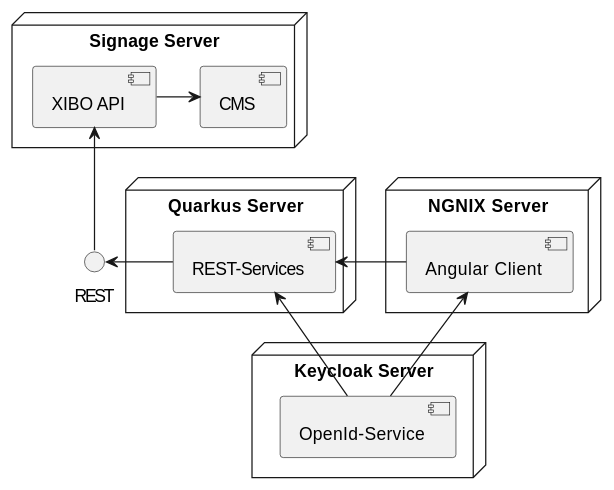
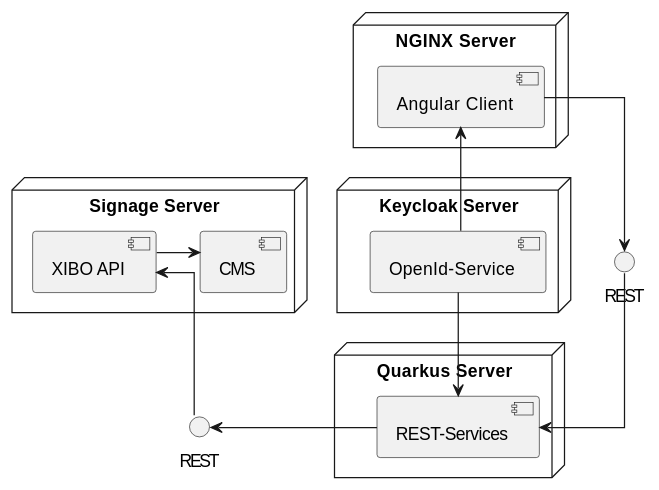
Before and after one commit to danielandricic/digital-signage-on-demand-videos-slides: the second of 2 diagrams in asciidocs/system-specification.adoc, drawn with PlantUML. The commit also changed other lines of this file and 10 other files, not shown here.

Commit message:
Updated System-Architecture, GH-Pages and Project-Structure

```diff
--- a/asciidocs/system-specification.adoc
+++ b/asciidocs/system-specification.adoc
@@ -131,30 +131,37 @@
 [plantuml,systemArch,png]
 ----
 @startuml
+skinparam linetype ortho
+
+
 node "Signage Server" {
     [CMS]
     [XIBO API]
 }
 
-node "NGNIX Server" {
+node "NGINX Server" {
     [Angular Client]
 }
+
+circle REST as r1
+circle REST as r2
 
 node "Quarkus Server" {
     [REST-Services]
 }
 
 node "Keycloak Server" {
     [OpenId-Service]
 }
 
-[XIBO API] <-- REST
-[REST-Services] -left-> REST
-[OpenId-Service] -up-> [REST-Services]
+
+[XIBO API] <-- r1
+[REST-Services] -left-> r1
+[OpenId-Service] -right-> [REST-Services]
 [OpenId-Service] -up-> [Angular Client]
 [XIBO API] -right-> [CMS]
-[Angular Client] -left-> [REST-Services]
-
+[Angular Client] --> r2
+r2 --> [REST-Services]
 
 @enduml
 ----
```
